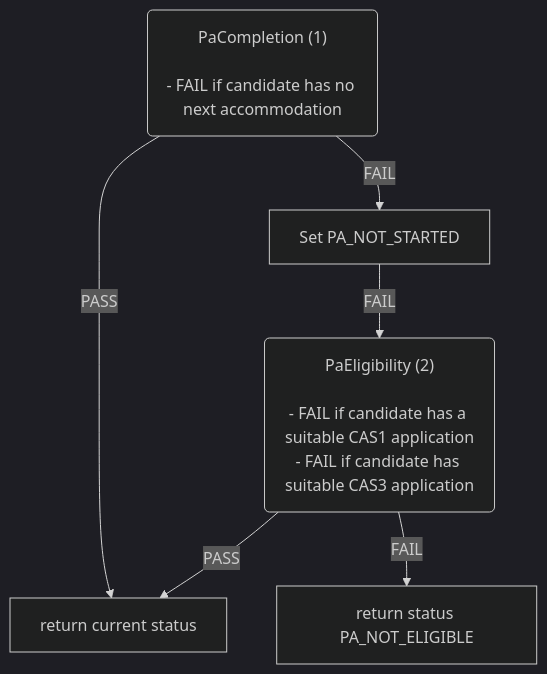
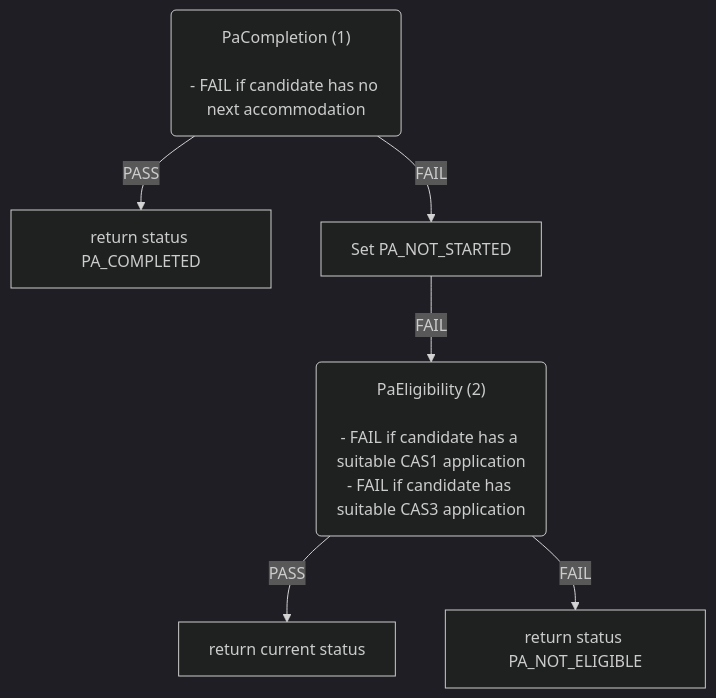
The sixth of 6 diagrams in docs/eligibility-rules-graph.md (ministryofjustice/hmpps-single-accommodation-service-api), drawn with Mermaid (dark theme) before and after one commit. The commit also changed other lines of this file and 22 other files, not shown here.

````diff
--- a/docs/eligibility-rules-graph.md
+++ b/docs/eligibility-rules-graph.md
@@ -470,18 +473,19 @@
 ```mermaid
 flowchart TD
   PaCompletion("PaCompletion (1)
 
 - FAIL if candidate has no next accommodation")
-  return_current_status["return current status"]
+  return_status_PA_COMPLETED["return status PA_COMPLETED"]
   Set_PA_NOT_STARTED["Set PA_NOT_STARTED"]
   PaEligibility("PaEligibility (2)
 
 - FAIL if candidate has a suitable CAS1 application
 - FAIL if candidate has suitable CAS3 application")
+  return_current_status["return current status"]
   return_status_PA_NOT_ELIGIBLE["return status PA_NOT_ELIGIBLE"]
-  PaCompletion -->|PASS| return_current_status
+  PaCompletion -->|PASS| return_status_PA_COMPLETED
   PaCompletion -->|FAIL| Set_PA_NOT_STARTED
   PaEligibility -->|PASS| return_current_status
   PaEligibility -->|FAIL| return_status_PA_NOT_ELIGIBLE
   Set_PA_NOT_STARTED -->|FAIL| PaEligibility
 ```
````
